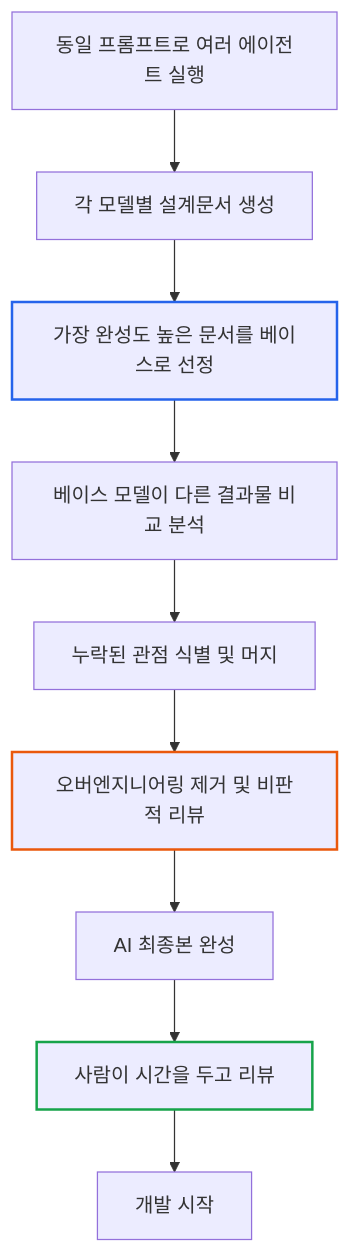
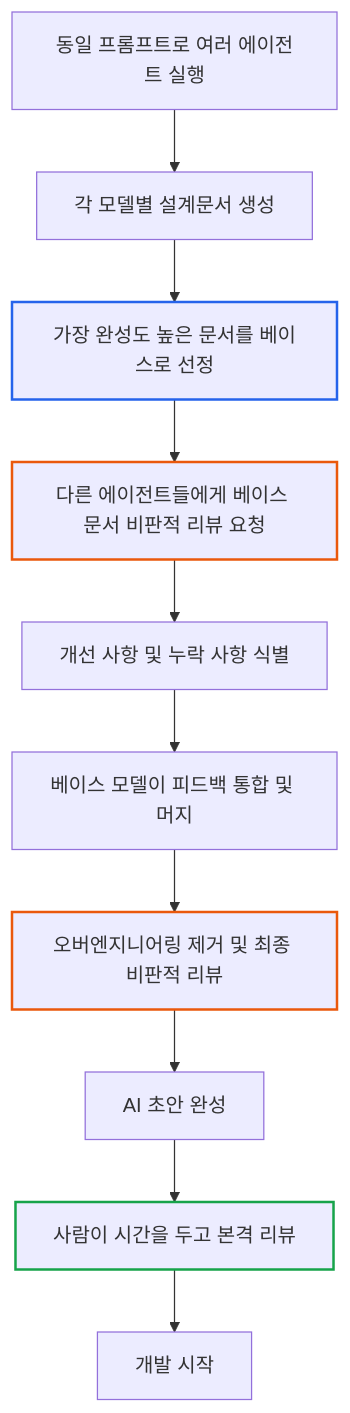
Diagram 11 of 11 in 2025/11/26/ai-frontend-plan-comparison.md (imprun/blogs), drawn with Mermaid before and after one commit. The commit also changed other lines of this file and 1 other file, not shown here.

````diff
--- a/2025/11/26/ai-frontend-plan-comparison.md
+++ b/2025/11/26/ai-frontend-plan-comparison.md
@@ -687,15 +710,17 @@
 ```mermaid
 flowchart TD
     A[동일 프롬프트로 여러 에이전트 실행] --> B[각 모델별 설계문서 생성]
     B --> C[가장 완성도 높은 문서를 베이스로 선정]
-    C --> D[베이스 모델이 다른 결과물 비교 분석]
-    D --> E[누락된 관점 식별 및 머지]
-    E --> F[오버엔지니어링 제거 및 비판적 리뷰]
-    F --> G[AI 최종본 완성]
-    G --> H[사람이 시간을 두고 리뷰]
-    H --> I[개발 시작]
+    C --> D[다른 에이전트들에게 베이스 문서 비판적 리뷰 요청]
+    D --> E[개선 사항 및 누락 사항 식별]
+    E --> F[베이스 모델이 피드백 통합 및 머지]
+    F --> G[오버엔지니어링 제거 및 최종 비판적 리뷰]
+    G --> H[AI 초안 완성]
+    H --> I[사람이 시간을 두고 본격 리뷰]
+    I --> J[개발 시작]
 
     style C stroke:#2563eb,stroke-width:2px
-    style F stroke:#ea580c,stroke-width:2px
-    style H stroke:#16a34a,stroke-width:2px
+    style D stroke:#ea580c,stroke-width:2px
+    style G stroke:#ea580c,stroke-width:2px
+    style I stroke:#16a34a,stroke-width:2px
 ```
````
